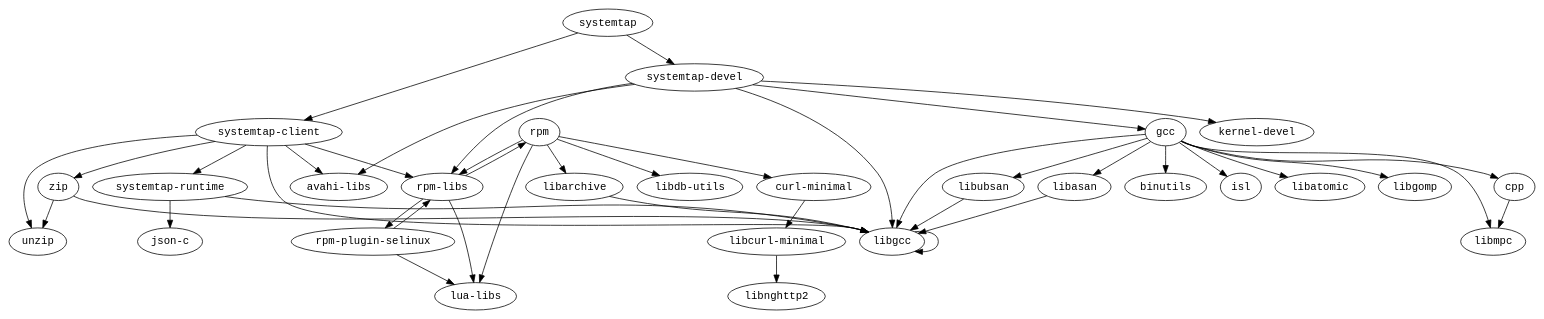
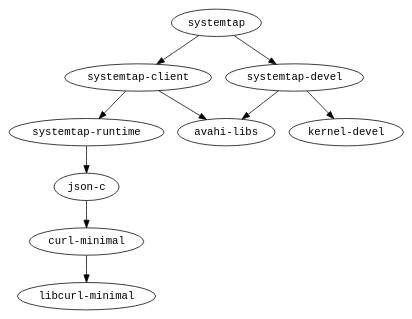
The diagram in modules/systemtap/ppc64le/graph.dot (fedora-modularity/dependency-report), drawn with Graphviz before and after one commit. The commit also changed 1651 other files, not shown here.

```diff
--- a/modules/systemtap/ppc64le/graph.dot
+++ b/modules/systemtap/ppc64le/graph.dot
@@ -1,46 +1,12 @@
 strict digraph G {
 node [fontname=monospace];
-  "cpp" -> "libmpc";
   "curl-minimal" -> "libcurl-minimal";
-  "gcc" -> "binutils";
-  "gcc" -> "cpp";
-  "gcc" -> "isl";
-  "gcc" -> "libasan";
-  "gcc" -> "libatomic";
-  "gcc" -> "libgcc";
-  "gcc" -> "libgomp";
-  "gcc" -> "libmpc";
-  "gcc" -> "libubsan";
-  "libarchive" -> "libgcc";
-  "libasan" -> "libgcc";
-  "libcurl-minimal" -> "libnghttp2";
-  "libgcc" -> "libgcc";
-  "libubsan" -> "libgcc";
-  "rpm" -> "curl-minimal";
-  "rpm" -> "libarchive";
-  "rpm" -> "libdb-utils";
-  "rpm-libs" -> "lua-libs";
-  "rpm-libs" -> "rpm";
-  "rpm-libs" -> "rpm-plugin-selinux";
-  "rpm" -> "lua-libs";
-  "rpm-plugin-selinux" -> "lua-libs";
-  "rpm-plugin-selinux" -> "rpm-libs";
-  "rpm" -> "rpm-libs";
+  "json-c" -> "curl-minimal";
   "systemtap-client" -> "avahi-libs";
-  "systemtap-client" -> "libgcc";
-  "systemtap-client" -> "rpm-libs";
   "systemtap-client" -> "systemtap-runtime";
-  "systemtap-client" -> "unzip";
-  "systemtap-client" -> "zip";
   "systemtap-devel" -> "avahi-libs";
-  "systemtap-devel" -> "gcc";
   "systemtap-devel" -> "kernel-devel";
-  "systemtap-devel" -> "libgcc";
-  "systemtap-devel" -> "rpm-libs";
   "systemtap-runtime" -> "json-c";
-  "systemtap-runtime" -> "libgcc";
   "systemtap" -> "systemtap-client";
   "systemtap" -> "systemtap-devel";
-  "zip" -> "libgcc";
-  "zip" -> "unzip";
 }
```
